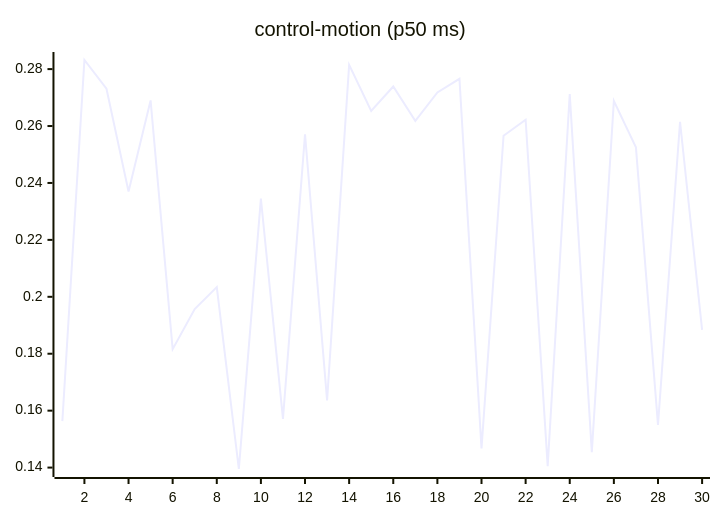
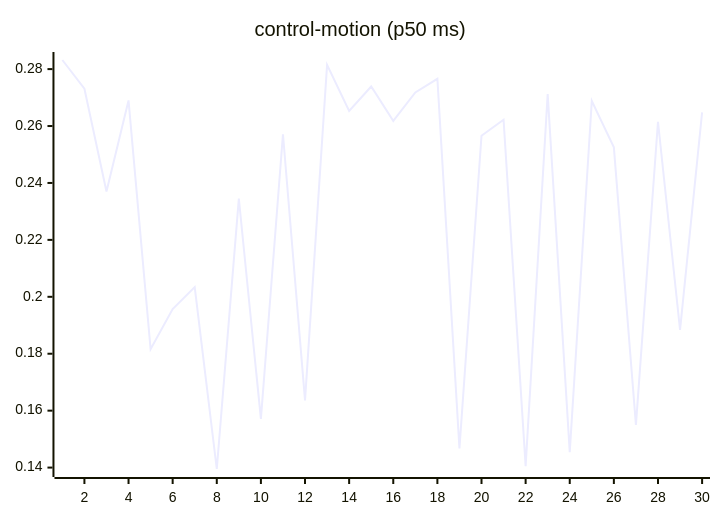
Before and after one commit to josha/Facet: the seventh of 27 diagrams in README.md, drawn with Mermaid. The commit also changed other lines of this file and 2 other files, not shown here.

````diff
--- a/README.md
+++ b/README.md
@@ -105,6 +105,6 @@
 ```mermaid
 xychart-beta
     title "control-motion (p50 ms)"
     x-axis 1 --> 30
-    line [0.1563, 0.2832, 0.2731, 0.2370, 0.2690, 0.1816, 0.1957, 0.2034, 0.1395, 0.2345, 0.1571, 0.2571, 0.1636, 0.2815, 0.2653, 0.2739, 0.2618, 0.2718, 0.2766, 0.1467, 0.2566, 0.2622, 0.1405, 0.2712, 0.1454, 0.2688, 0.2525, 0.1550, 0.2615, 0.1884]
+    line [0.2832, 0.2731, 0.2370, 0.2690, 0.1816, 0.1957, 0.2034, 0.1395, 0.2345, 0.1571, 0.2571, 0.1636, 0.2815, 0.2653, 0.2739, 0.2618, 0.2718, 0.2766, 0.1467, 0.2566, 0.2622, 0.1405, 0.2712, 0.1454, 0.2688, 0.2525, 0.1550, 0.2615, 0.1884, 0.2648]
 ```
````
